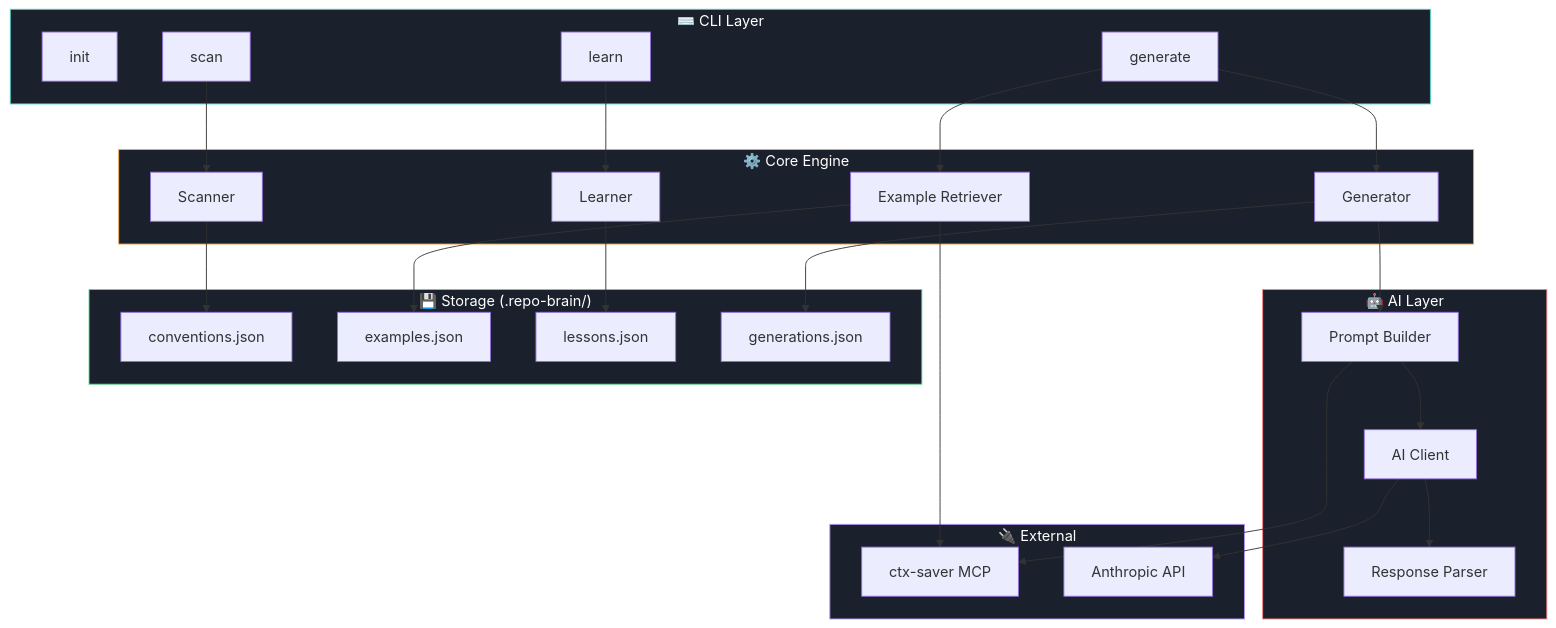
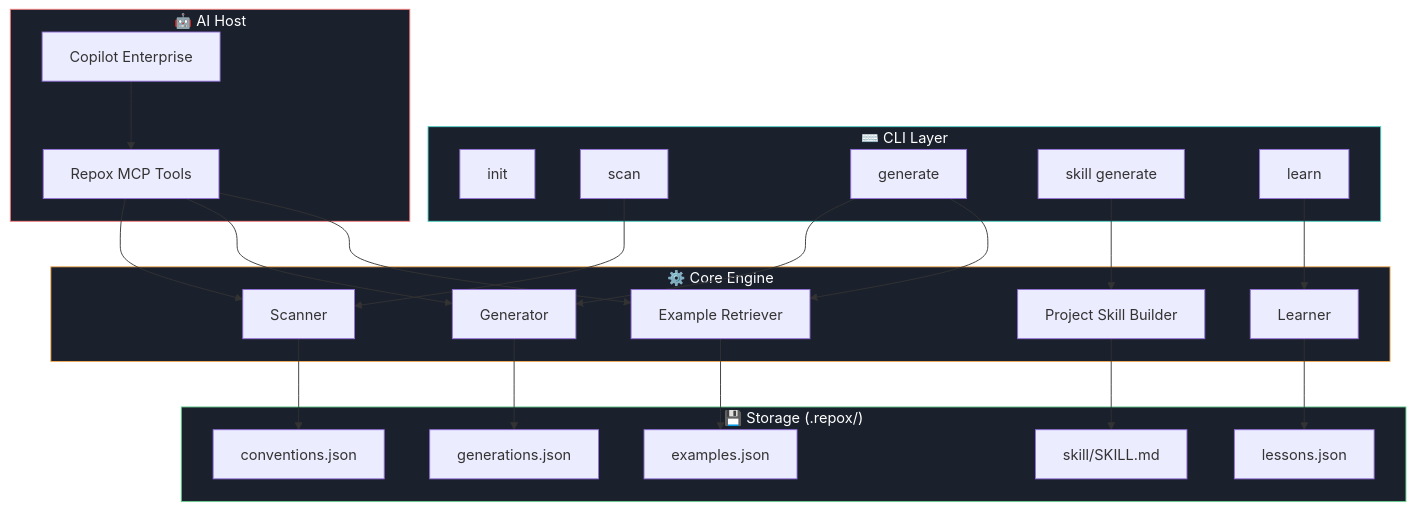
One commit to ChonlakanSutthimatmongkhol/repox changed the second of 4 diagrams in README.md. Above: the diagram before and after it, drawn with Mermaid. The commit also changed other lines of this file and 17 other files, not shown here.

Commit message:
feat: make repox offline-only project skill tool

````diff
--- a/README.md
+++ b/README.md
@@ -201,58 +200,53 @@
 ```mermaid
 graph TB
     subgraph CLI ["⌨️ CLI Layer"]
         CMD_INIT["init"]
         CMD_SCAN["scan"]
         CMD_GEN["generate"]
+        CMD_SKILL["skill generate"]
         CMD_LEARN["learn"]
     end
 
     subgraph CORE ["⚙️ Core Engine"]
         SCANNER["Scanner"]
         GENERATOR["Generator"]
         RETRIEVER["Example Retriever"]
+        SKILL["Project Skill Builder"]
         LEARNER["Learner"]
     end
 
-    subgraph AI_LAYER ["🤖 AI Layer"]
-        PROMPT["Prompt Builder"]
-        CLIENT["AI Client"]
-        PARSER["Response Parser"]
+    subgraph LOCAL_AI_HOST ["🤖 AI Host"]
+        COPILOT["Copilot Enterprise"]
+        MCP["Repox MCP Tools"]
     end
 
-    subgraph STORAGE ["💾 Storage (.repo-brain/)"]
+    subgraph STORAGE ["💾 Storage (.repox/)"]
         CONV["conventions.json"]
         EXAMPLES["examples.json"]
         LESSONS["lessons.json"]
         GENS["generations.json"]
-    end
-
-    subgraph EXTERNAL ["🔌 External"]
-        CTX["ctx-saver MCP"]
-        ANTHROPIC["Anthropic API"]
+        SKILLMD["skill/SKILL.md"]
     end
 
     CMD_SCAN --> SCANNER
     CMD_GEN --> GENERATOR
     CMD_GEN --> RETRIEVER
+    CMD_SKILL --> SKILL
     CMD_LEARN --> LEARNER
 
     SCANNER --> CONV
     RETRIEVER --> EXAMPLES
     LEARNER --> LESSONS
     GENERATOR --> GENS
+    SKILL --> SKILLMD
 
-    GENERATOR --> PROMPT
-    PROMPT --> CLIENT
-    CLIENT --> ANTHROPIC
-    CLIENT --> PARSER
-
-    RETRIEVER --> CTX
-    PROMPT --> CTX
+    COPILOT --> MCP
+    MCP --> SCANNER
+    MCP --> GENERATOR
+    MCP --> RETRIEVER
 
     style CLI fill:#1a202c,stroke:#4fd1c5,color:#fff
     style CORE fill:#1a202c,stroke:#f6ad55,color:#fff
-    style AI_LAYER fill:#1a202c,stroke:#fc8181,color:#fff
+    style LOCAL_AI_HOST fill:#1a202c,stroke:#fc8181,color:#fff
     style STORAGE fill:#1a202c,stroke:#68d391,color:#fff
-    style EXTERNAL fill:#1a202c,stroke:#b794f4,color:#fff
 ```
````
